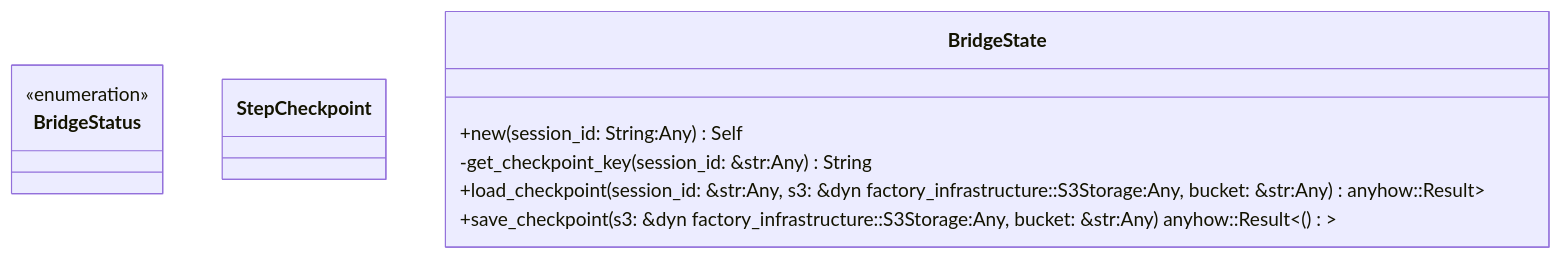
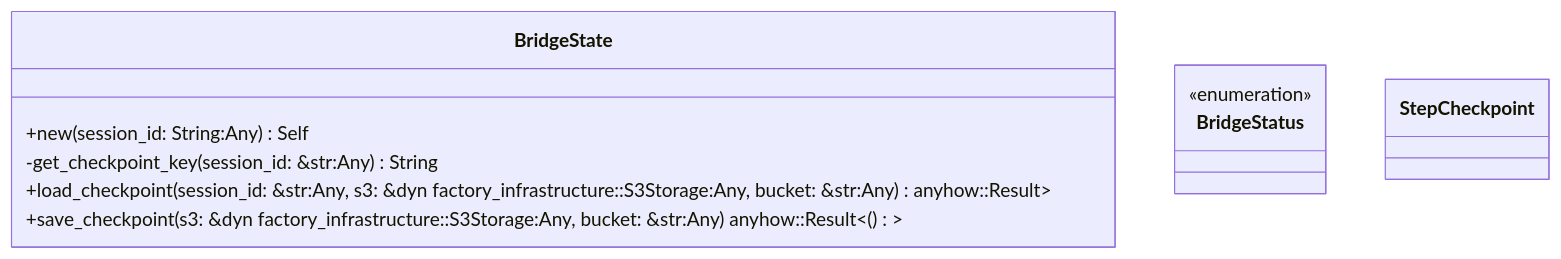
Before and after one commit to lgcorzo/rust_CACD_autonomous_factory: the first of 2 diagrams in openwiki/crates_factory-application_src_bridge_state_rs.md, drawn with Mermaid. The commit also changed other lines of this file and 78 other files, not shown here.

````diff
--- a/openwiki/crates_factory-application_src_bridge_state_rs.md
+++ b/openwiki/crates_factory-application_src_bridge_state_rs.md
@@ -203,16 +203,16 @@
 ```mermaid
 classDiagram
     direction BT
-    class BridgeStatus {
-        <<enumeration>>
-    }
-    class StepCheckpoint {
-    }
     class BridgeState {
         +new(session_id: String:Any) Self
         -get_checkpoint_key(session_id: &str:Any) String
         +load_checkpoint(session_id: &str:Any, s3: &dyn factory_infrastructure::S3Storage:Any, bucket: &str:Any) anyhow::Result<Option<Self>>
         +save_checkpoint(s3: &dyn factory_infrastructure::S3Storage:Any, bucket: &str:Any) anyhow::Result<()>
     }
+    class BridgeStatus {
+        <<enumeration>>
+    }
+    class StepCheckpoint {
+    }
 
 ```
````
